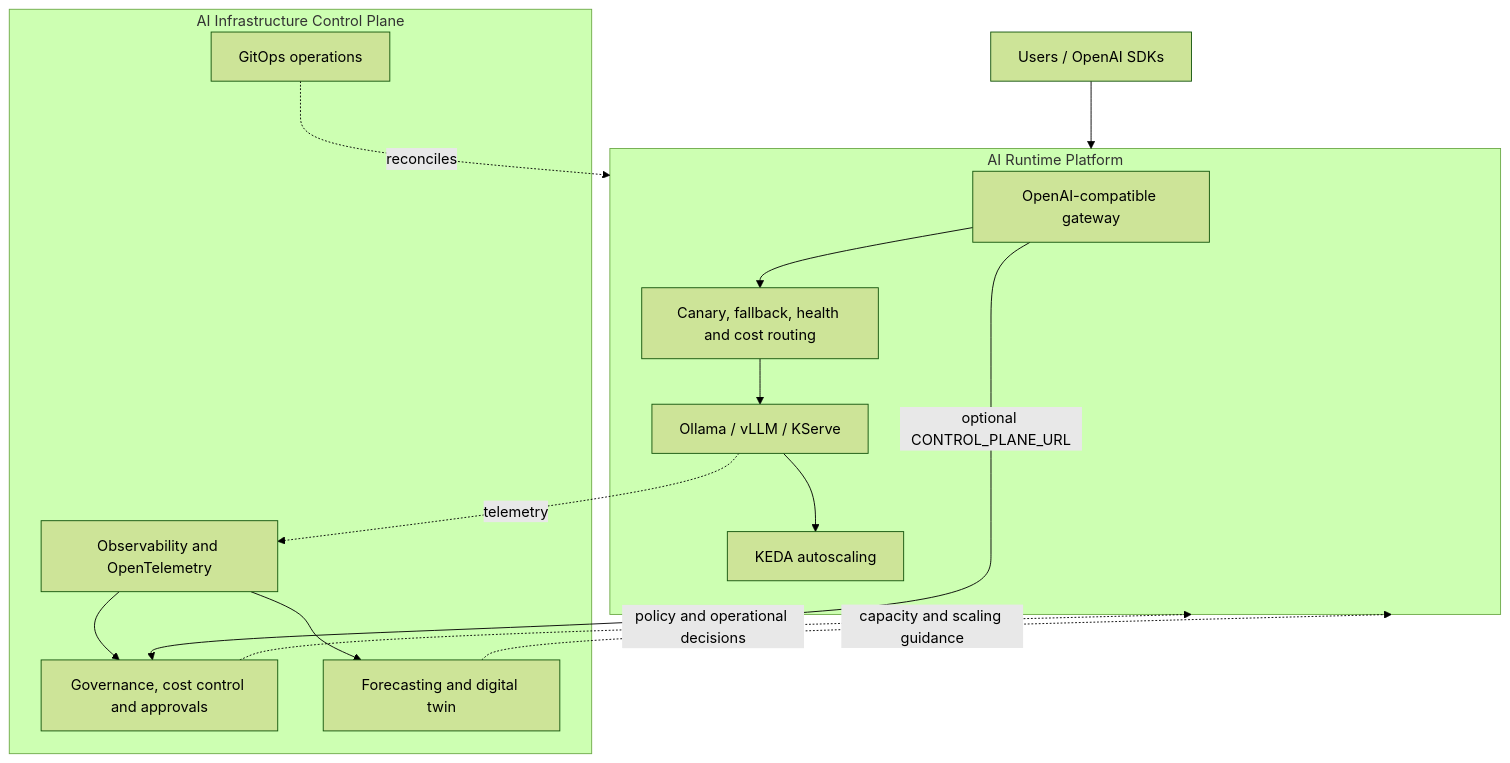
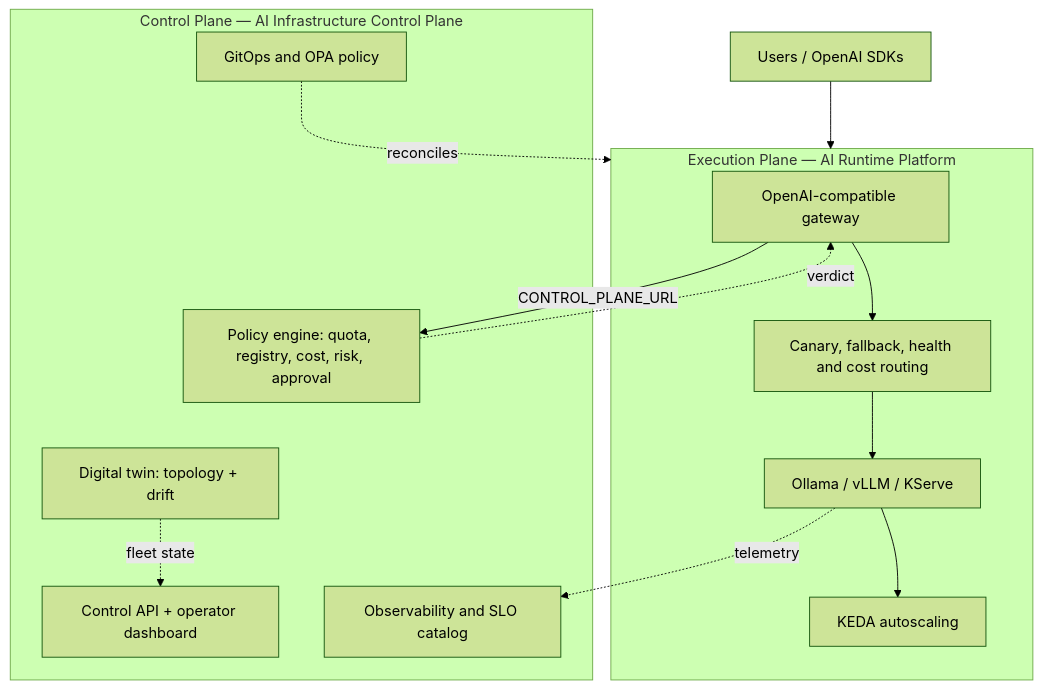
One commit to justrunme/ai-infra-control-plane changed the diagram in docs/portfolio-overview.md. Above: the diagram before and after it, drawn with Mermaid (forest theme). The commit also changed other lines of this file and 9 other files, not shown here.

First line of the commit message:
feat: reframe as AI Infrastructure OS with Helm policy wiring

````diff
--- a/docs/portfolio-overview.md
+++ b/docs/portfolio-overview.md
@@ -36,28 +25,27 @@
 ```mermaid
 flowchart TB
   Users["Users / OpenAI SDKs"] --> Runtime
 
-  subgraph Runtime["AI Runtime Platform"]
+  subgraph Runtime["Execution Plane — AI Runtime Platform"]
     Gateway["OpenAI-compatible gateway"]
     Routing["Canary, fallback, health and cost routing"]
     Serving["Ollama / vLLM / KServe"]
     Scaling["KEDA autoscaling"]
     Gateway --> Routing --> Serving
     Serving --> Scaling
   end
 
-  subgraph Control["AI Infrastructure Control Plane"]
-    Observability["Observability and OpenTelemetry"]
-    Governance["Governance, cost control and approvals"]
-    Forecasting["Forecasting and digital twin"]
-    GitOps["GitOps operations"]
+  subgraph Control["Control Plane — AI Infrastructure Control Plane"]
+    API["Control API + operator dashboard"]
+    Policy["Policy engine: quota, registry, cost, risk, approval"]
+    Twin["Digital twin: topology + drift"]
+    SLO["Observability and SLO catalog"]
+    GitOps["GitOps and OPA policy"]
   end
 
-  Serving -. telemetry .-> Observability
-  Observability --> Governance
-  Observability --> Forecasting
-  Governance -. policy and operational decisions .-> Runtime
-  Gateway -->|optional CONTROL_PLANE_URL| Governance
-  Forecasting -. capacity and scaling guidance .-> Runtime
+  Serving -. telemetry .-> SLO
+  Gateway -->|CONTROL_PLANE_URL| Policy
+  Policy -. verdict .-> Gateway
+  Twin -. fleet state .-> API
   GitOps -. reconciles .-> Runtime
 ```
````
